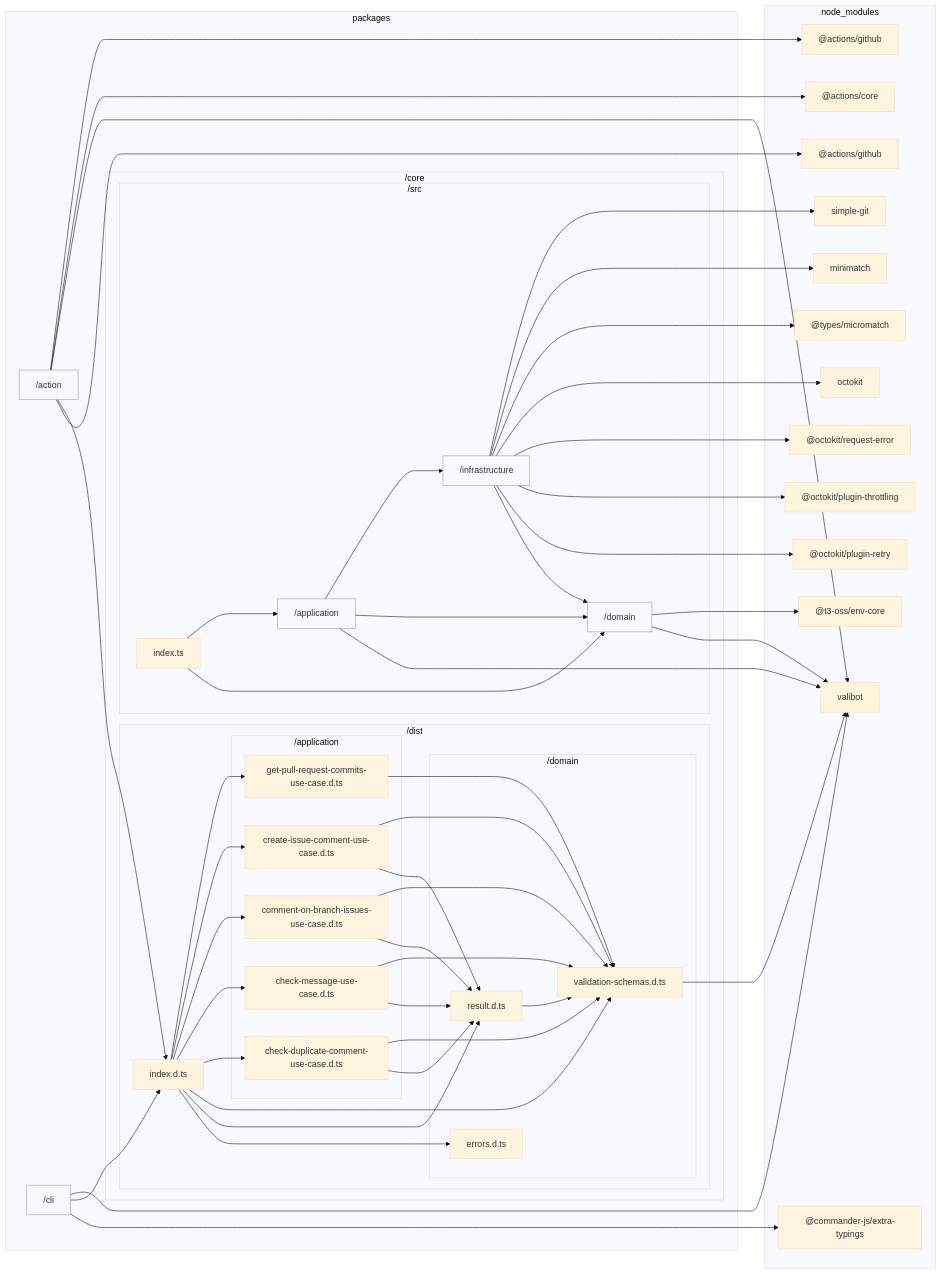
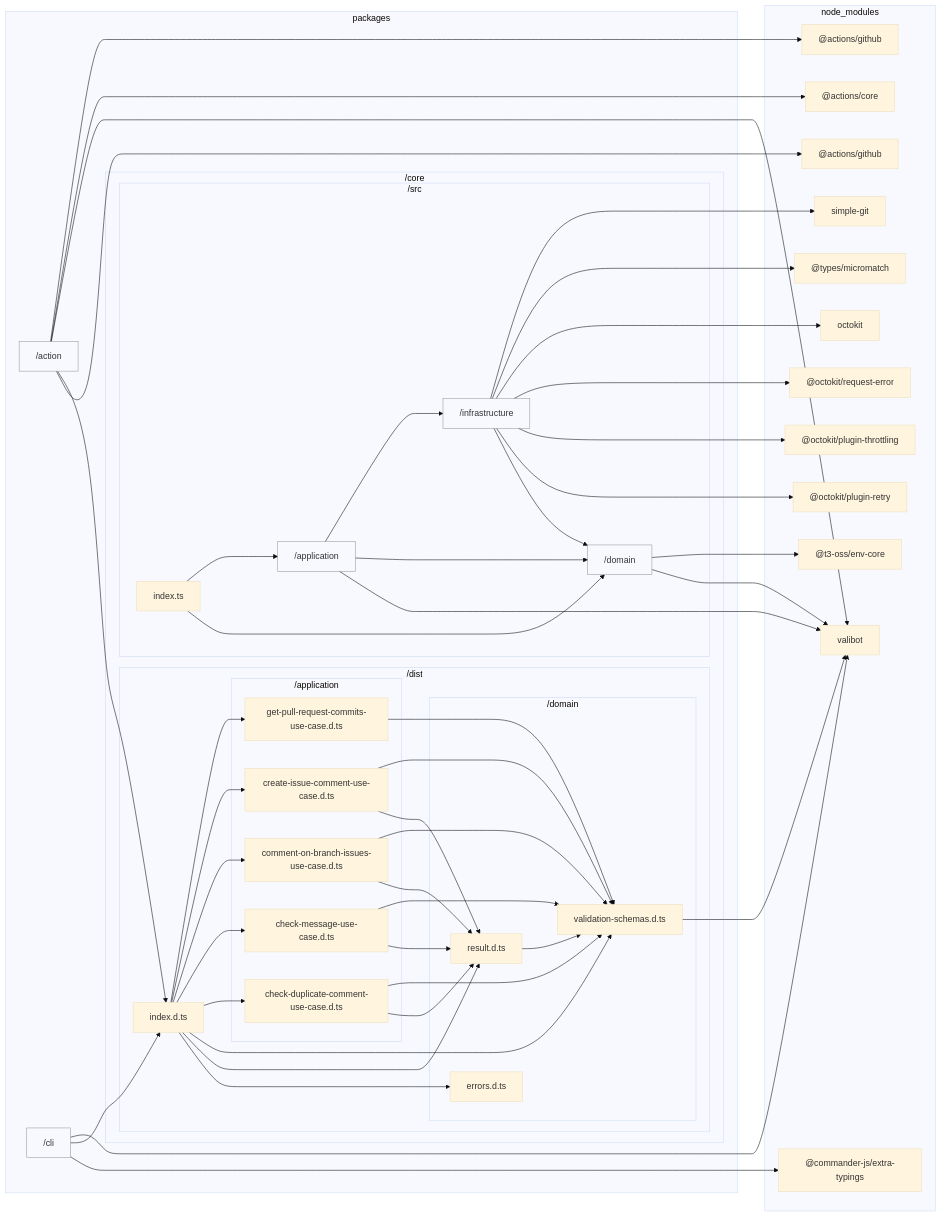
The diagram in docs/reports/dependencies/core-architecture.md (sugurutakahashi-1234/issue-linker), drawn with Mermaid (base theme) before and after one commit. The commit also changed 19 other files, not shown here.

```diff
--- a/docs/reports/dependencies/core-architecture.md
+++ b/docs/reports/dependencies/core-architecture.md
@@ -46,7 +46,6 @@
         node//modules///octokit/request//error/dist//types/index.d.ts["@octokit/request-error"]
         node//modules/octokit/dist//types/index.d.ts["octokit"]
         node//modules///types/micromatch/index.d.ts["@types/micromatch"]
-        node//modules/minimatch/dist/commonjs/index.d.ts["minimatch"]
         node//modules/simple//git/dist/typings/index.d.ts["simple-git"]
     end
     packages/action-->node//modules///actions/github/lib/context.d.ts
@@ -87,7 +86,6 @@
     packages/core/src/application-->packages/core/src/domain
     packages/core/src/application-->packages/core/src/infrastructure
     packages/core/src/infrastructure-->node//modules///types/micromatch/index.d.ts
-    packages/core/src/infrastructure-->node//modules/minimatch/dist/commonjs/index.d.ts
     packages/core/src/infrastructure-->node//modules/simple//git/dist/typings/index.d.ts
     packages/core/src/index.ts-->packages/core/src/domain
     packages/core/src/index.ts-->packages/core/src/application
```
